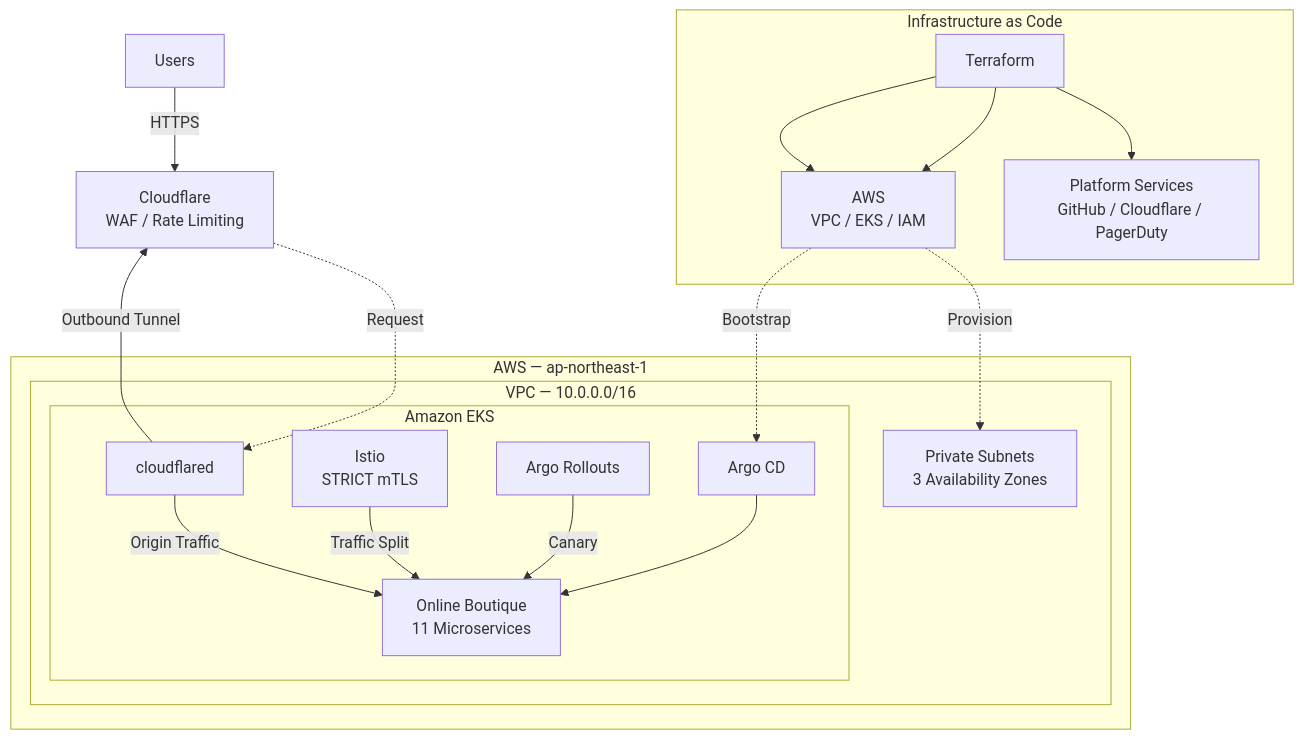
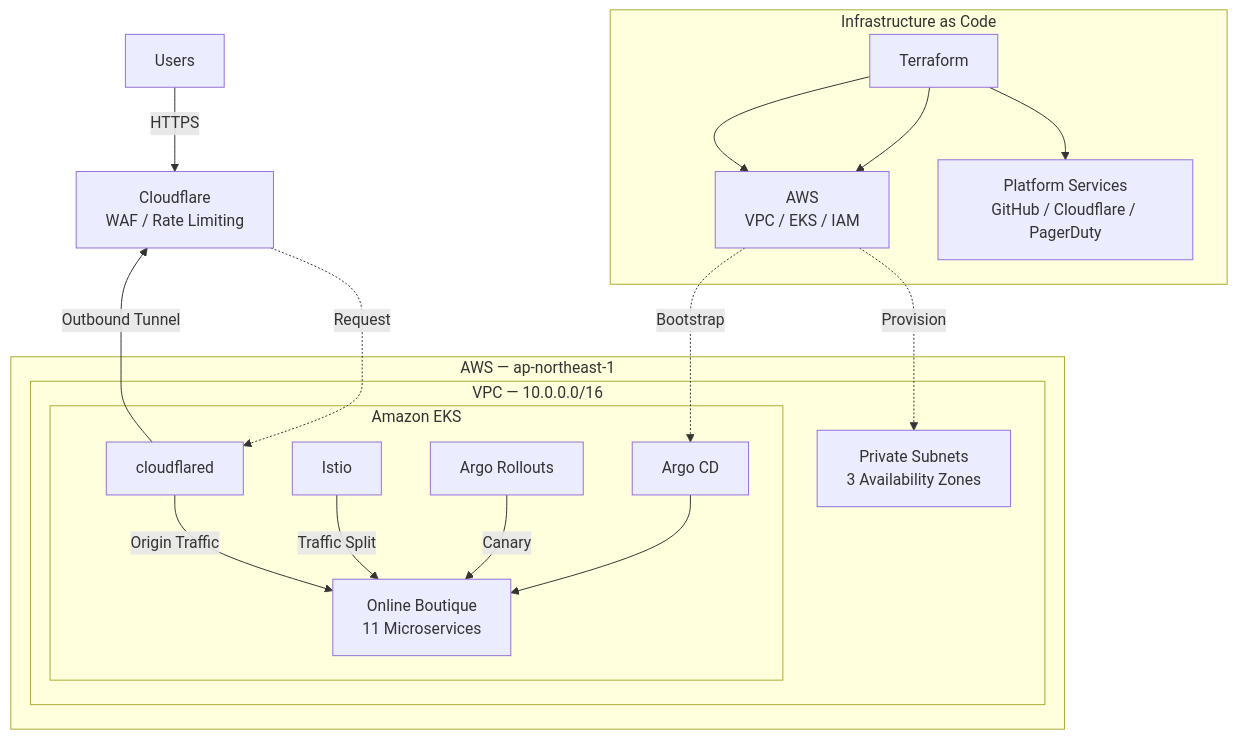
The second of 3 diagrams in README.md (ryuichimatsuyama/eks-sre-platform), drawn with Mermaid before and after one commit. The commit also changed other lines of this file, not shown here.

````diff
--- a/README.md
+++ b/README.md
@@ -47,42 +47,42 @@
 ```mermaid
 flowchart TB
 
     USER["Users"]
     CF["Cloudflare<br/>WAF / Rate Limiting"]
 
     subgraph IAC["Infrastructure as Code"]
         TF["Terraform"]
         AWS_IAC["AWS<br/>VPC / EKS / IAM"]
         PLATFORM["Platform Services<br/>GitHub / Cloudflare / PagerDuty"]
 
         TF --> AWS_IAC
         TF --> PLATFORM
     end
 
     subgraph AWS["AWS — ap-northeast-1"]
         subgraph VPC["VPC — 10.0.0.0/16"]
             SUBNETS["Private Subnets<br/>3 Availability Zones"]
 
             subgraph EKS["Amazon EKS"]
                 ARGO["Argo CD"]
                 TUNNEL["cloudflared"]
-                ISTIO["Istio<br/>STRICT mTLS"]
+                ISTIO["Istio"]
                 ROLLOUTS["Argo Rollouts"]
                 APP["Online Boutique<br/>11 Microservices"]
 
                 ARGO --> APP
                 ROLLOUTS -->|Canary| APP
                 ISTIO -->|Traffic Split| APP
             end
         end
     end
 
     TF --> AWS_IAC
     AWS_IAC -.->|Provision| SUBNETS
     AWS_IAC -.->|Bootstrap| ARGO
 
     USER -->|HTTPS| CF
     TUNNEL -->|Outbound Tunnel| CF
     CF -.->|Request| TUNNEL
     TUNNEL -->|Origin Traffic| APP
 ```
````
